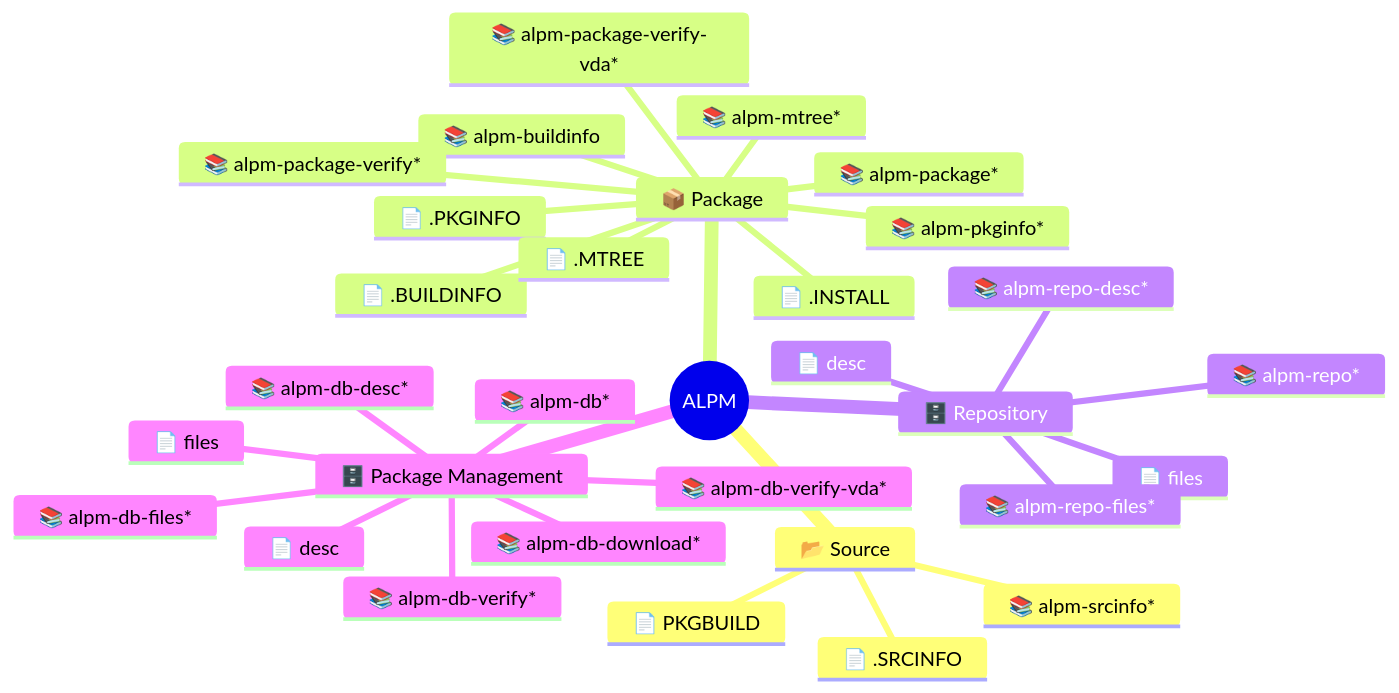
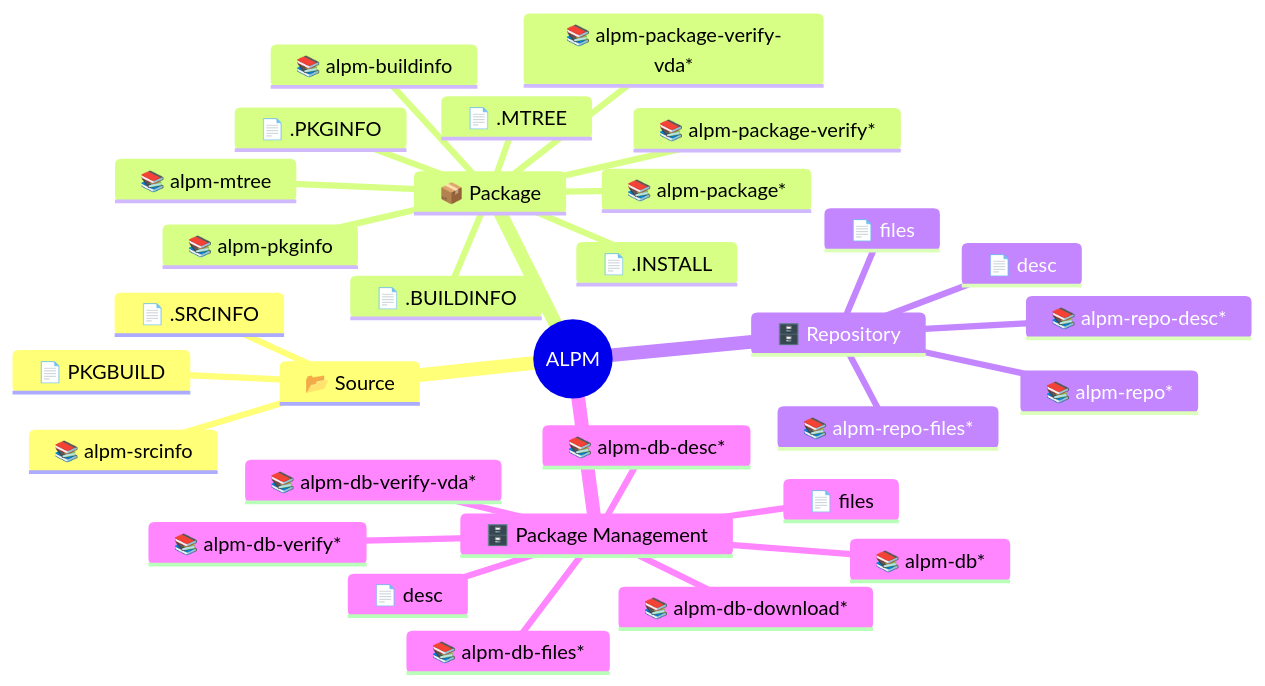
One commit to archlinux/alpm changed the diagram in README.md. Above: the diagram before and after it, drawn with Mermaid. The commit also changed 5 other files, not shown here.

````diff
--- a/README.md
+++ b/README.md
@@ -23,34 +23,34 @@
 ```mermaid
 mindmap
   root((ALPM))
     📂 Source
       📄 PKGBUILD
       📄 .SRCINFO
-      📚️ alpm-srcinfo*
+      📚️ alpm-srcinfo
     📦 Package
       📄 .BUILDINFO
       📄 .PKGINFO
       📄 .INSTALL
       📄 .MTREE
       📚️ alpm-buildinfo
-      📚️ alpm-pkginfo*
-      📚️ alpm-mtree*
+      📚️ alpm-pkginfo
+      📚️ alpm-mtree
       📚️ alpm-package*
       📚️ alpm-package-verify*
       📚️ alpm-package-verify-vda*
     🗄️ Repository
       📄 desc
       📄 files
       📚️ alpm-repo*
       📚️ alpm-repo-desc*
       📚️ alpm-repo-files*
     🗄️ Package Management
       📄 desc
       📄 files
       📚️ alpm-db*
       📚️ alpm-db-desc*
       📚️ alpm-db-download*
       📚️ alpm-db-files*
       📚️ alpm-db-verify*
       📚️ alpm-db-verify-vda*
 ```
````
